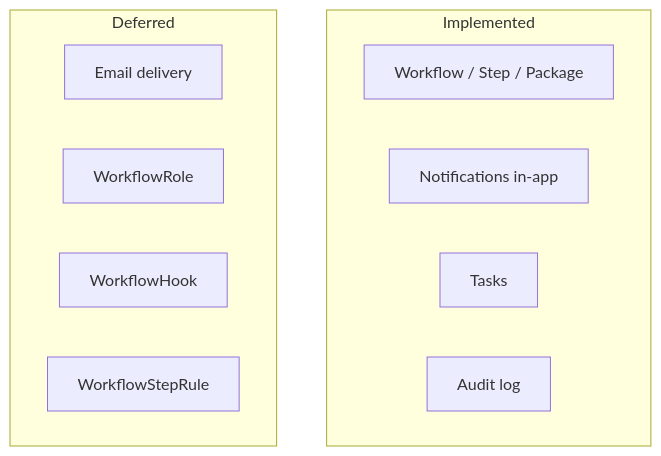
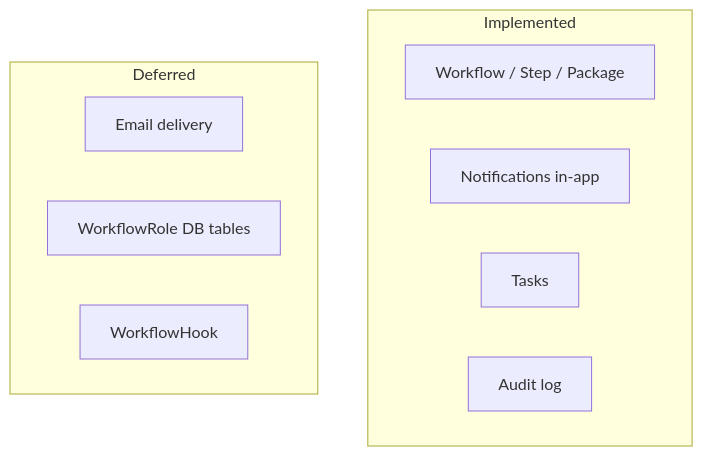
Before and after one commit to russdanner/plugin-studio-workflow: the ninth of 10 diagrams in docs/ARCHITECTURE_DIAGRAM.md, drawn with Mermaid. The commit also changed other lines of this file and 58 other files, not shown here.

````diff
--- a/docs/ARCHITECTURE_DIAGRAM.md
+++ b/docs/ARCHITECTURE_DIAGRAM.md
@@ -192,16 +203,15 @@
 ```mermaid
 flowchart TB
     subgraph Current["Implemented"]
         W[Workflow / Step / Package]
         N[Notifications in-app]
         T[Tasks]
         A[Audit log]
     end
 
     subgraph Deferred["Deferred"]
         E[Email delivery]
-        WR[WorkflowRole]
+        WR[WorkflowRole DB tables]
         WH[WorkflowHook]
-        SR[WorkflowStepRule]
     end
 ```
````
